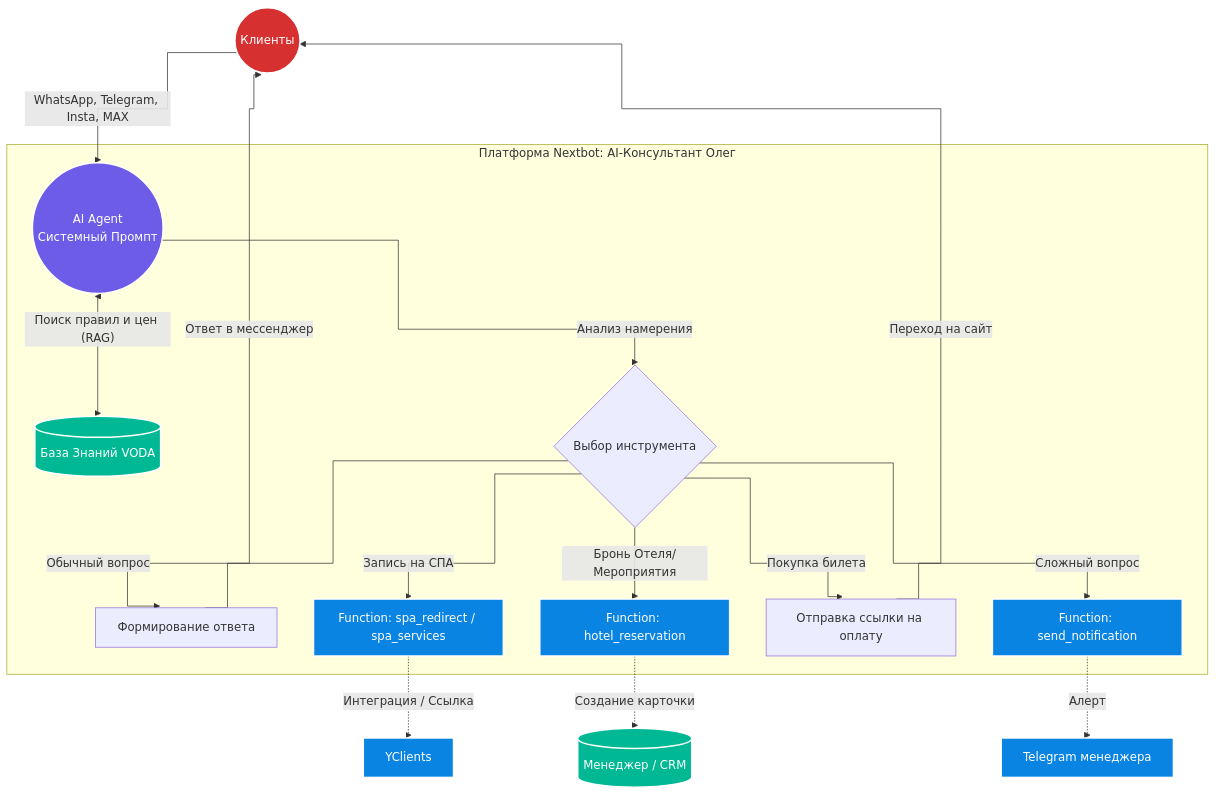
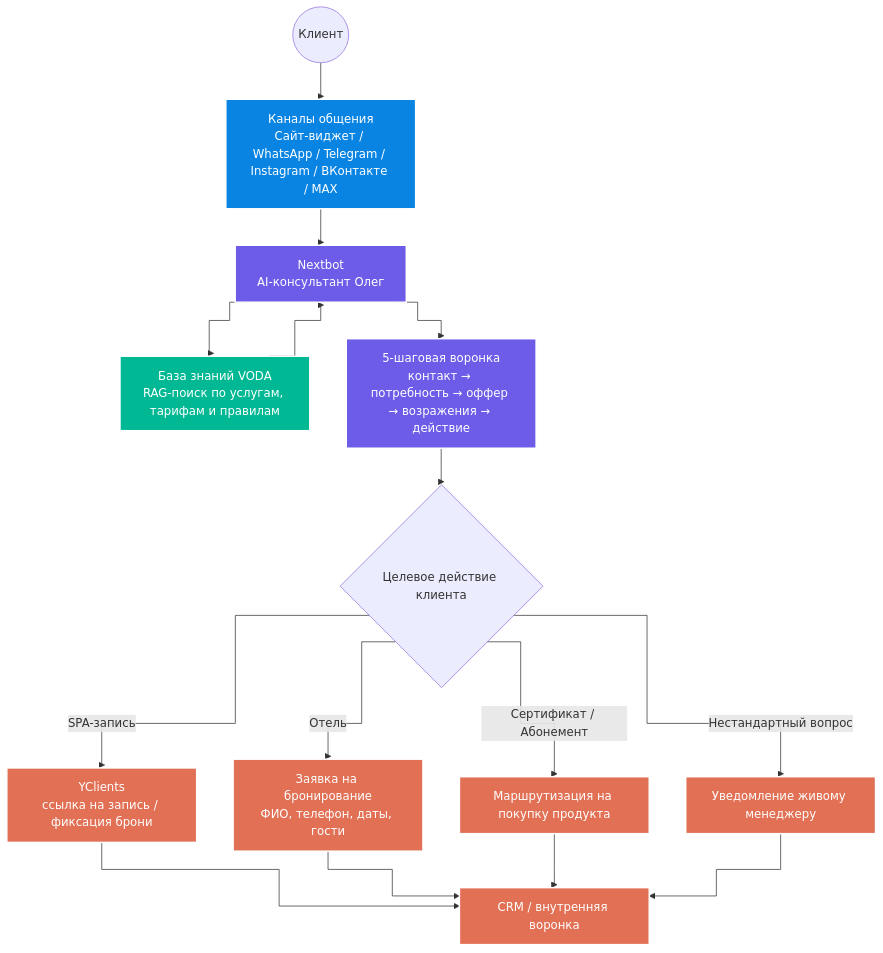
One commit to ravilpcs-spec/voda-ai-consultant changed the diagram in README.md. Above: the diagram before and after it, drawn with Mermaid. The commit also changed other lines of this file, not shown here.

````diff
--- a/README.md
+++ b/README.md
@@ -20,35 +68,29 @@
 ```mermaid
 %%{init: {"flowchart": {"curve": "step"}}}%%
 flowchart TD
-    %% Настройки стиля
+    classDef channel fill:#0984E3,stroke:#fff,stroke-width:2px,color:#fff;
     classDef ai fill:#6C5CE7,stroke:#fff,stroke-width:2px,color:#fff;
-    classDef database fill:#00B894,stroke:#fff,stroke-width:2px,color:#fff;
-    classDef api fill:#0984E3,stroke:#fff,stroke-width:2px,color:#fff;
-    classDef client fill:#D63031,stroke:#fff,stroke-width:2px,color:#fff;
+    classDef data fill:#00B894,stroke:#fff,stroke-width:2px,color:#fff;
+    classDef crm fill:#E17055,stroke:#fff,stroke-width:2px,color:#fff;
 
-    USER(("Клиенты")):::client -->|"WhatsApp, Telegram, Insta, MAX"| AGENT
-    
-    subgraph "Платформа Nextbot: AI-Консультант Олег"
-        AGENT(("AI Agent<br>Системный Промпт")):::ai
-        
-        %% Взаимодействие с базой
-        AGENT <-->|"Поиск правил и цен (RAG)"| KB[("База Знаний VODA")]:::database
-        
-        %% Блок Function Calling
-        AGENT -->|"Анализ намерения"| SWITCH{"Выбор инструмента"}
-        
-        SWITCH -->|"Обычный вопрос"| CHAT["Формирование ответа"]
-        SWITCH -->|"Запись на СПА"| TOOL_SPA["Function: spa_redirect / spa_services"]:::api
-        SWITCH -->|"Бронь Отеля/Мероприятия"| TOOL_HOTEL["Function: hotel_reservation"]:::api
-        SWITCH -->|"Покупка билета"| TOOL_LINK["Отправка ссылки на оплату"]
-        SWITCH -->|"Сложный вопрос"| TOOL_FALLBACK["Function: send_notification"]:::api
-    end
-    
-    %% Внешние системы
-    TOOL_SPA -.->|"Интеграция / Ссылка"| YCLIENTS["YClients"]:::api
-    TOOL_HOTEL -.->|"Создание карточки"| CRM[("Менеджер / CRM")]:::database
-    TOOL_FALLBACK -.->|"Алерт"| TG["Telegram менеджера"]:::api
-    
-    CHAT -->|"Ответ в мессенджер"| USER
-    TOOL_LINK -->|"Переход на сайт"| USER
+    CLIENT(("Клиент")) --> CHANNELS["Каналы общения<br>Сайт-виджет / WhatsApp / Telegram / Instagram / ВКонтакте / MAX"]:::channel
+
+    CHANNELS --> NEXTBOT["Nextbot<br>AI-консультант Олег"]:::ai
+
+    NEXTBOT --> RAG["База знаний VODA<br>RAG-поиск по услугам, тарифам и правилам"]:::data
+    RAG --> NEXTBOT
+
+    NEXTBOT --> FUNNEL["5-шаговая воронка<br>контакт → потребность → оффер → возражения → действие"]:::ai
+
+    FUNNEL --> DECISION{"Целевое действие клиента"}
+
+    DECISION -->|"SPA-запись"| YCLIENTS["YClients<br>ссылка на запись / фиксация брони"]:::crm
+    DECISION -->|"Отель"| HOTEL["Заявка на бронирование<br>ФИО, телефон, даты, гости"]:::crm
+    DECISION -->|"Сертификат / Абонемент"| PRODUCT["Маршрутизация на покупку продукта"]:::crm
+    DECISION -->|"Нестандартный вопрос"| MANAGER["Уведомление живому менеджеру"]:::crm
+
+    YCLIENTS --> CRM["CRM / внутренняя воронка"]:::crm
+    HOTEL --> CRM
+    PRODUCT --> CRM
+    MANAGER --> CRM
 ```
````
